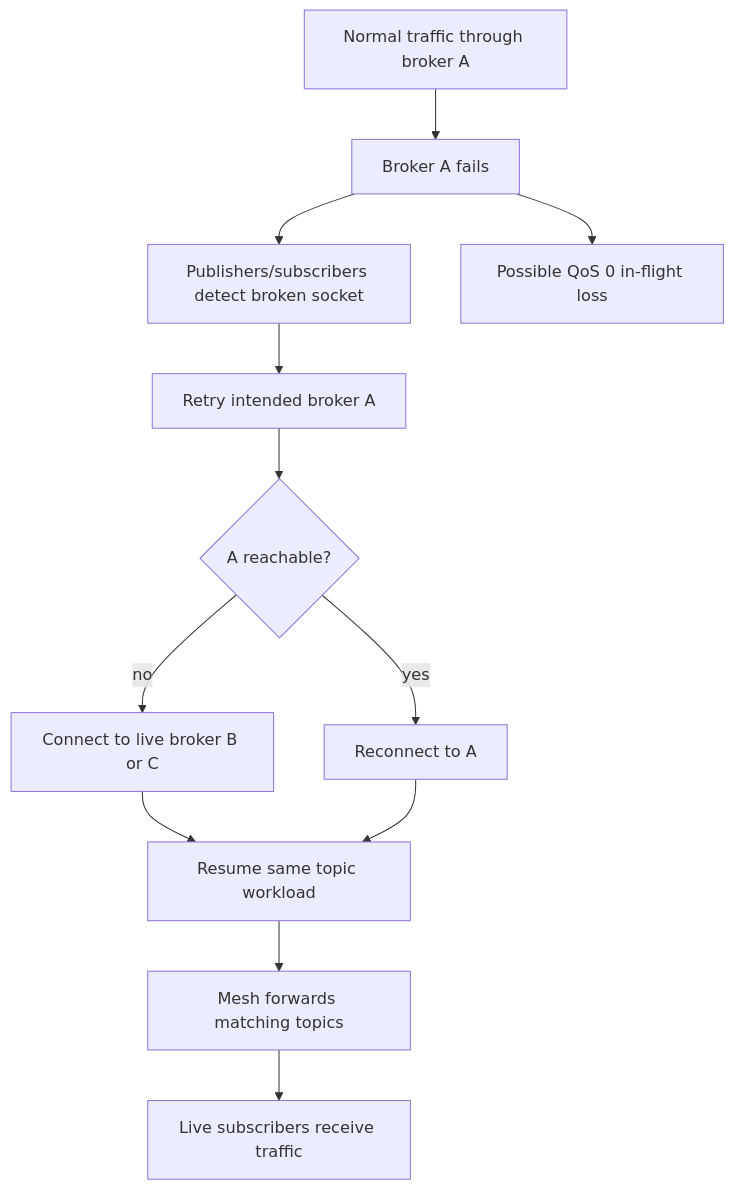
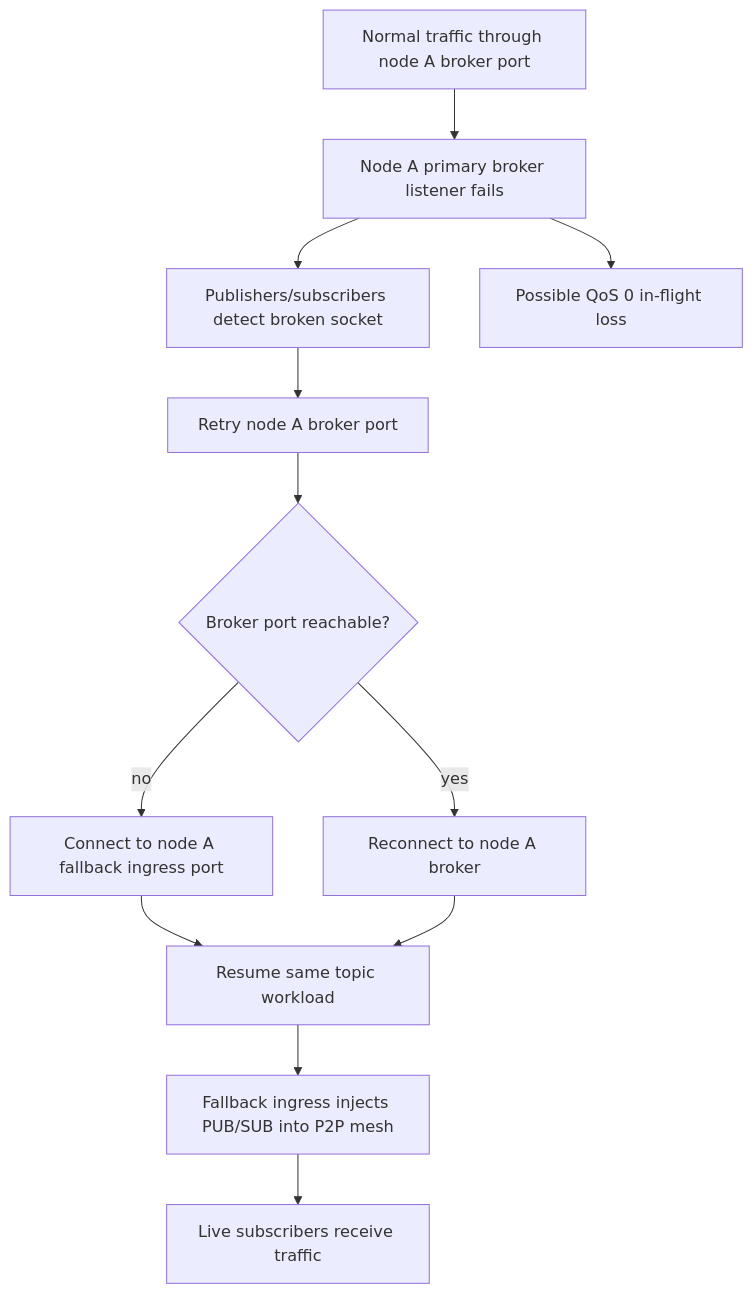
Before and after one commit to judadao/mqtt_field_bridge_app: the second of 3 diagrams in README.md, drawn with Mermaid. The commit also changed other lines of this file, not shown here.

Commit message:
Clarify mesh fallback recovery process

````diff
--- a/README.md
+++ b/README.md
@@ -150,14 +152,14 @@
 ```mermaid
 flowchart TD
-    Healthy[Normal traffic through broker A] --> Failure[Broker A fails]
+    Healthy[Normal traffic through node A broker port] --> Failure[Node A primary broker listener fails]
     Failure --> SocketBreak[Publishers/subscribers detect broken socket]
-    SocketBreak --> RetryA[Retry intended broker A]
-    RetryA --> Alive{A reachable?}
-    Alive -- yes --> RejoinA[Reconnect to A]
-    Alive -- no --> Fallback[Connect to live broker B or C]
+    SocketBreak --> RetryA[Retry node A broker port]
+    RetryA --> Alive{Broker port reachable?}
+    Alive -- yes --> RejoinA[Reconnect to node A broker]
+    Alive -- no --> Fallback[Connect to node A fallback ingress port]
     Fallback --> Resume[Resume same topic workload]
     RejoinA --> Resume
-    Resume --> MeshRoute[Mesh forwards matching topics]
+    Resume --> MeshRoute[Fallback ingress injects PUB/SUB into P2P mesh]
     MeshRoute --> Delivered[Live subscribers receive traffic]
     Failure --> BoundaryLoss[Possible QoS 0 in-flight loss]
 ```
````
